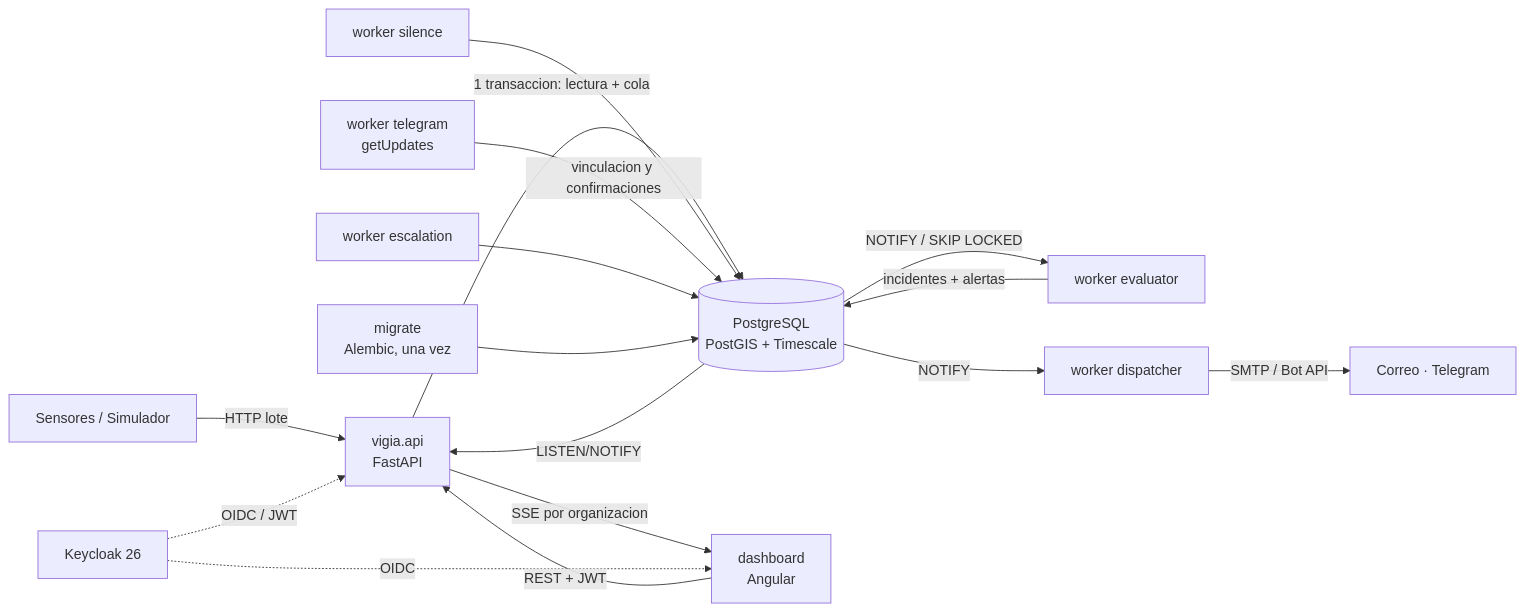
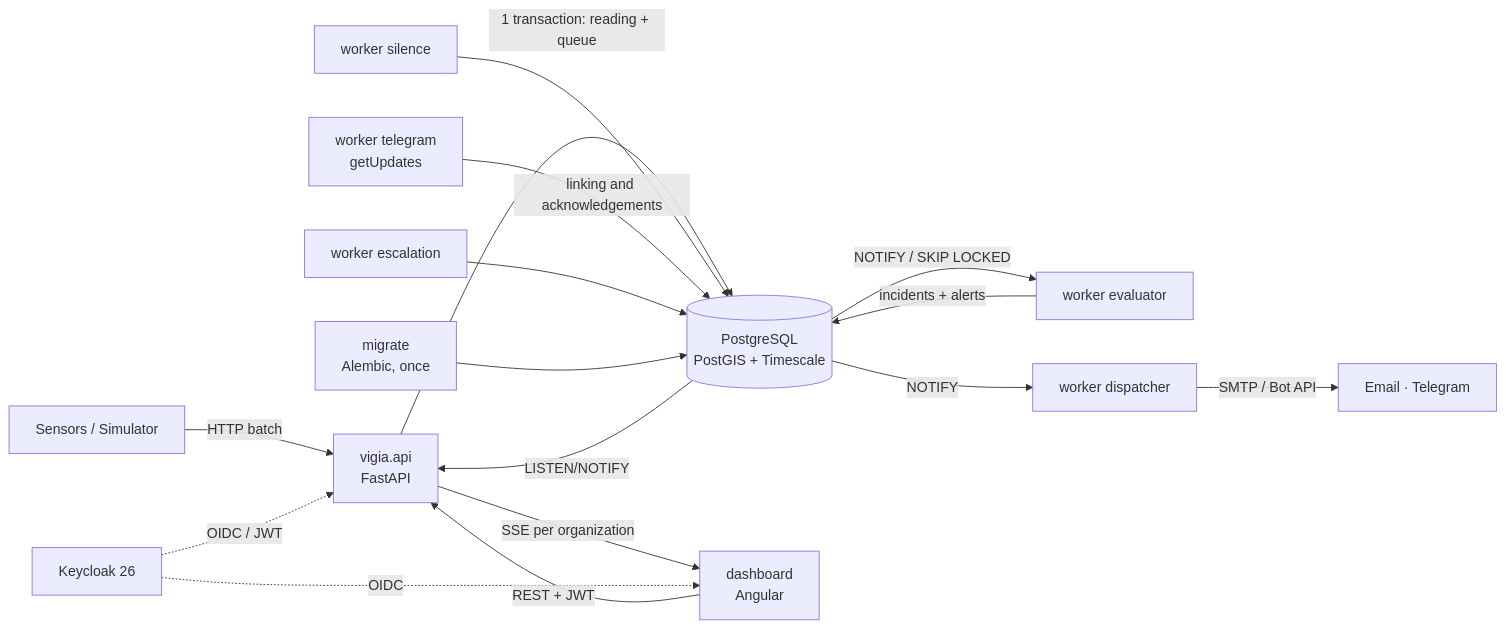
One commit to Alesso2805/willay changed the first of 2 diagrams in docs/SPEC.md. Above: the diagram before and after it, drawn with Mermaid. The commit also changed other lines of this file, not shown here.

````diff
--- a/docs/SPEC.md
+++ b/docs/SPEC.md
@@ -142,18 +142,18 @@
 ```mermaid
 flowchart LR
-  S[Sensores / Simulador] -->|HTTP lote| API[vigia.api<br/>FastAPI]
-  API -->|1 transaccion: lectura + cola| DB[(PostgreSQL<br/>PostGIS + Timescale)]
+  S[Sensors / Simulator] -->|HTTP batch| API[vigia.api<br/>FastAPI]
+  API -->|1 transaction: reading + queue| DB[(PostgreSQL<br/>PostGIS + Timescale)]
   DB -->|NOTIFY / SKIP LOCKED| EV[worker evaluator]
-  EV -->|incidentes + alertas| DB
+  EV -->|incidents + alerts| DB
   SI[worker silence] --> DB
   DB -->|NOTIFY| DI[worker dispatcher]
-  DI -->|SMTP / Bot API| CH[Correo · Telegram]
-  TG[worker telegram<br/>getUpdates] -->|vinculacion y confirmaciones| DB
+  DI -->|SMTP / Bot API| CH[Email · Telegram]
+  TG[worker telegram<br/>getUpdates] -->|linking and acknowledgements| DB
   ES[worker escalation] --> DB
   DB -->|LISTEN/NOTIFY| API
-  API -->|SSE por organizacion| D[dashboard<br/>Angular]
+  API -->|SSE per organization| D[dashboard<br/>Angular]
   D -->|REST + JWT| API
   K[Keycloak 26] -.OIDC / JWT.-> API
   K -.OIDC.-> D
-  M[migrate<br/>Alembic, una vez] --> DB
+  M[migrate<br/>Alembic, once] --> DB
 ```
````
